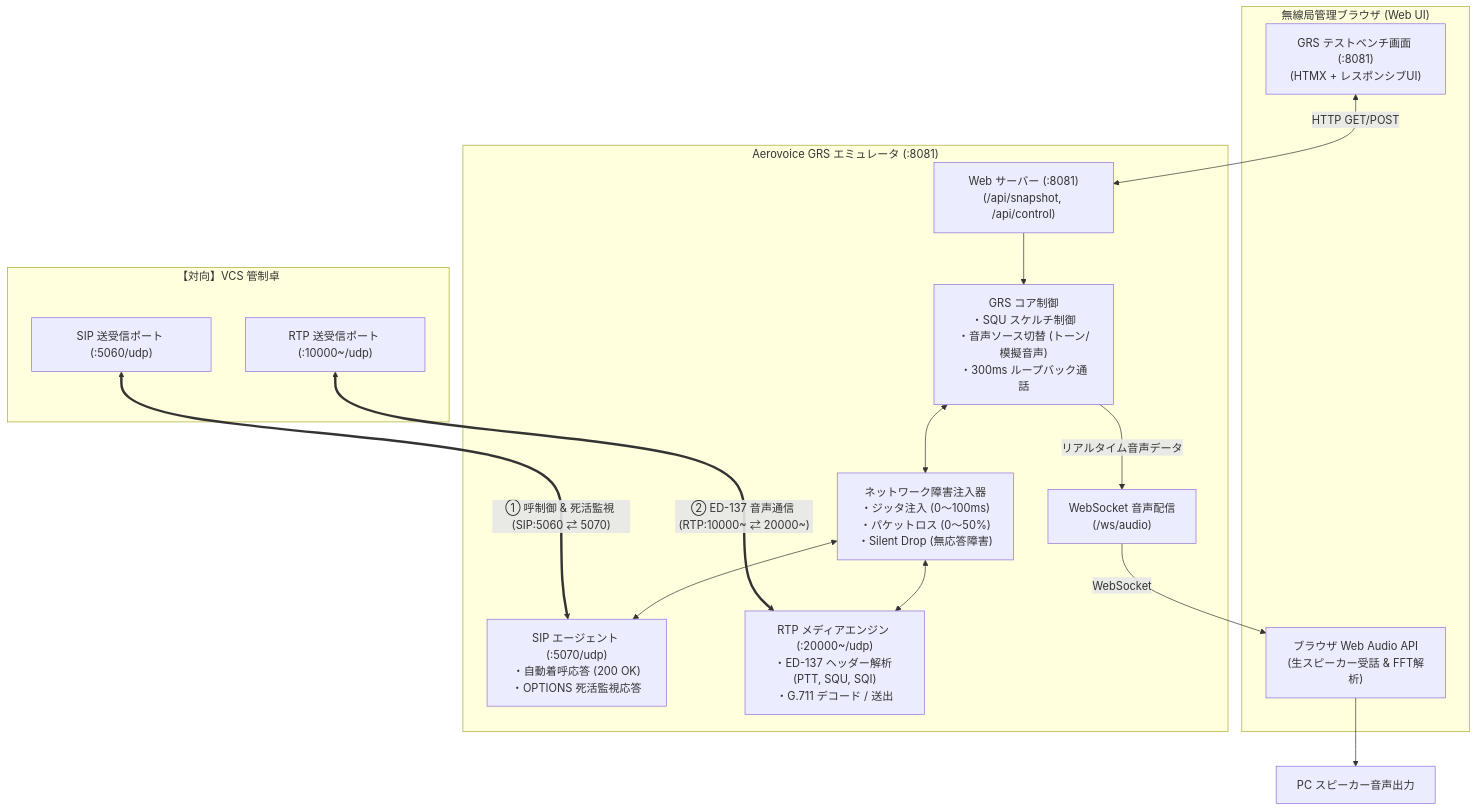
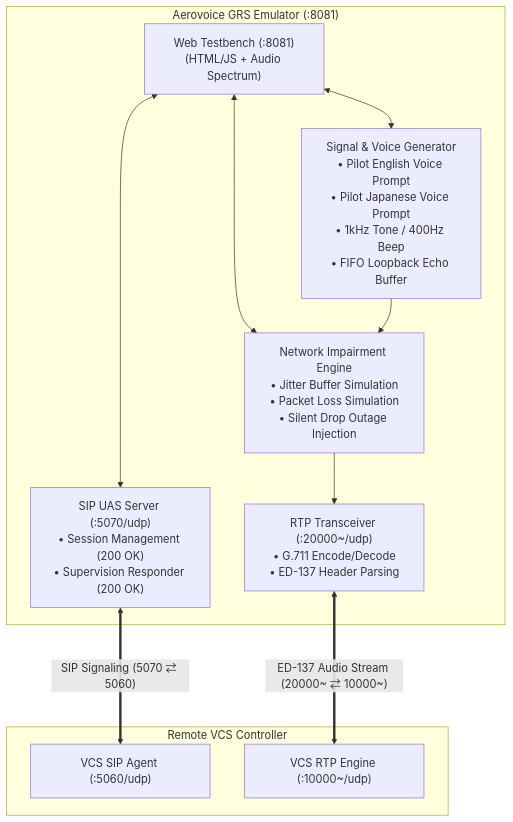
The second of 3 diagrams in docs/manual.md (sh0jitmy/aerovoice), drawn with Mermaid before and after one commit. The commit also changed other lines of this file and 33 other files, not shown here.

````diff
--- a/docs/manual.md
+++ b/docs/manual.md
@@ -51,36 +55,23 @@
 ```mermaid
 flowchart TB
-    subgraph Browser_GRS["無線局管理ブラウザ (Web UI)"]
-        GRS_UI["GRS テストベンチ画面 (:8081)<br/>(HTMX + レスポンシブUI)"]
-        GRS_Audio["ブラウザ Web Audio API<br/>(生スピーカー受話 & FFT解析)"]
+    subgraph GRS_Host["Aerovoice GRS Emulator (:8081)"]
+        GRS_Web["Web Testbench (:8081)<br/>(HTML/JS + Audio Spectrum)"]
+        GRS_SIP["SIP UAS Server (:5070/udp)<br/>• Session Management (200 OK)<br/>• Supervision Responder (200 OK)"]
+        GRS_RTP["RTP Transceiver (:20000~/udp)<br/>• G.711 Encode/Decode<br/>• ED-137 Header Parsing"]
+        GRS_Impair["Network Impairment Engine<br/>• Jitter Buffer Simulation<br/>• Packet Loss Simulation<br/>• Silent Drop Outage Injection"]
+        GRS_Audio["Signal & Voice Generator<br/>• Pilot English Voice Prompt<br/>• Pilot Japanese Voice Prompt<br/>• 1kHz Tone / 400Hz Beep<br/>• FIFO Loopback Echo Buffer"]
     end
 
-    subgraph GRS_Host["Aerovoice GRS エミュレータ (:8081)"]
-        GRS_Web["Web サーバー (:8081)<br/>(/api/snapshot, /api/control)"]
-        GRS_WS["WebSocket 音声配信<br/>(/ws/audio)"]
-        GRS_Core["GRS コア制御<br/>・SQU スケルチ制御<br/>・音声ソース切替 (トーン/模擬音声)<br/>・300ms ループバック通話"]
-        GRS_Impair["ネットワーク障害注入器<br/>・ジッタ注入 (0〜100ms)<br/>・パケットロス (0〜50%)<br/>・Silent Drop (無応答障害)"]
-        GRS_SIP["SIP エージェント (:5070/udp)<br/>・自動着呼応答 (200 OK)<br/>・OPTIONS 死活監視応答"]
-        GRS_RTP["RTP メディアエンジン (:20000~/udp)<br/>・ED-137 ヘッダー解析 (PTT, SQU, SQI)<br/>・G.711 デコード / 送出"]
+    subgraph VCS_Remote["Remote VCS Controller"]
+        VCS_SIP_R["VCS SIP Agent (:5060/udp)"]
+        VCS_RTP_R["VCS RTP Engine (:10000~/udp)"]
     end
 
-    subgraph VCS_Remote["【対向】VCS 管制卓"]
-        Remote_VCS_SIP["SIP 送受信ポート (:5060/udp)"]
-        Remote_VCS_RTP["RTP 送受信ポート (:10000~/udp)"]
-    end
+    GRS_Web <--> GRS_SIP
+    GRS_Web <--> GRS_Audio
+    GRS_Web <--> GRS_Impair
 
-    Speaker["PC スピーカー音声出力"]
-
-    GRS_UI <-->|HTTP GET/POST| GRS_Web
-    GRS_Core -->|リアルタイム音声データ| GRS_WS
-    GRS_WS -->|WebSocket| GRS_Audio
-    GRS_Audio --> Speaker
-
-    GRS_Web --> GRS_Core
-    GRS_Core <--> GRS_Impair
-    GRS_Impair <--> GRS_SIP
-    GRS_Impair <--> GRS_RTP
-
-    Remote_VCS_SIP <===>|"① 呼制御 & 死活監視 (SIP:5060 ⇄ 5070)"| GRS_SIP
-    Remote_VCS_RTP <===>|"② ED-137 音声通信 (RTP:10000~ ⇄ 20000~)"| GRS_RTP
+    GRS_SIP <===>|"SIP Signaling (5070 ⇄ 5060)"| VCS_SIP_R
+    GRS_Audio --> GRS_Impair --> GRS_RTP
+    GRS_RTP <===>|"ED-137 Audio Stream (20000~ ⇄ 10000~)"| VCS_RTP_R
 ```
````
